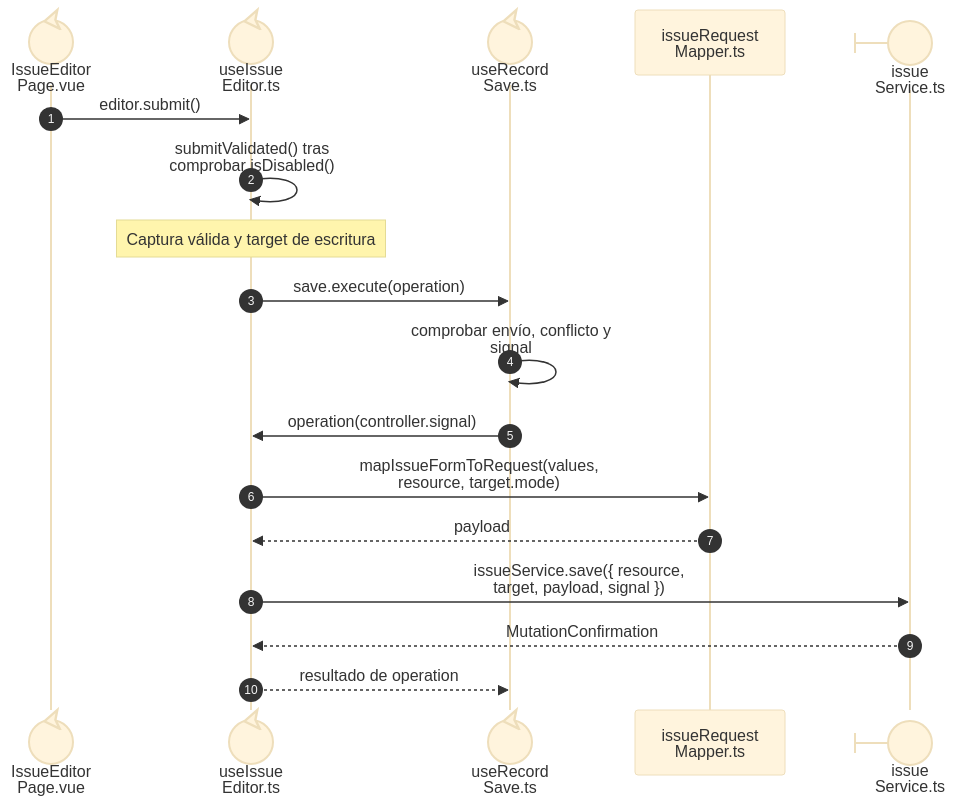
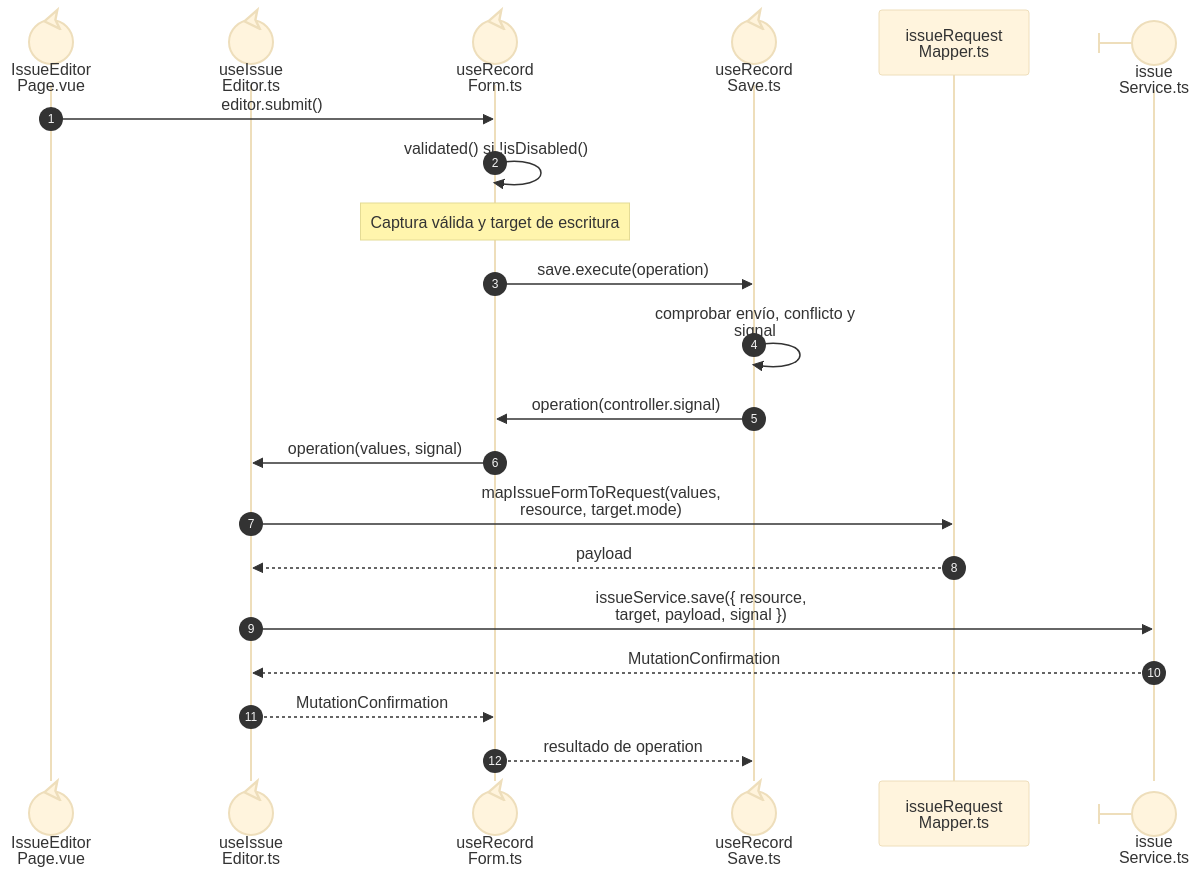
One commit to gpgsistemas01/nexus changed the first of 2 diagrams in front/docs/architecture/views/development/design-and-construction-patterns/08-document-responsibilities.md. Above: the diagram before and after it, drawn with Mermaid (base theme). The commit also changed other lines of this file and 82 other files, not shown here.

````diff
--- a/front/docs/architecture/views/development/design-and-construction-patterns/08-document-responsibilities.md
+++ b/front/docs/architecture/views/development/design-and-construction-patterns/08-document-responsibilities.md
@@ -33,20 +33,23 @@
 ```mermaid
 sequenceDiagram
     autonumber
     participant Page@{ "type": "control" } as IssueEditor<br/>Page.vue
     participant Editor@{ "type": "control" } as useIssue<br/>Editor.ts
+    participant Record@{ "type": "control" } as useRecord<br/>Form.ts
     participant Save@{ "type": "control" } as useRecord<br/>Save.ts
     participant Mapper as issueRequest<br/>Mapper.ts
     participant Service@{ "type": "boundary" } as issue<br/>Service.ts
-    Page->>Editor: nowrap: editor.submit()
-    Editor->>Editor: nowrap: submitValidated() tras<br/>comprobar isDisabled()
-    Note over Editor: Captura válida y target de escritura
-    Editor->>Save: nowrap: save.execute(operation)
+    Page->>Record: nowrap: editor.submit()
+    Record->>Record: nowrap: validated() si !isDisabled()
+    Note over Record: Captura válida y target de escritura
+    Record->>Save: nowrap: save.execute(operation)
     Save->>Save: nowrap: comprobar envío, conflicto y<br/>signal
-    Save->>Editor: nowrap: operation(controller.signal)
+    Save->>Record: nowrap: operation(controller.signal)
+    Record->>Editor: nowrap: operation(values, signal)
     Editor->>Mapper: nowrap: mapIssueFormToRequest(values,<br/>resource, target.mode)
     Mapper-->>Editor: nowrap: payload
     Editor->>Service: nowrap: issueService.save({ resource,<br/>target, payload, signal })
     Service-->>Editor: nowrap: MutationConfirmation
-    Editor-->>Save: nowrap: resultado de operation
+    Editor-->>Record: nowrap: MutationConfirmation
+    Record-->>Save: nowrap: resultado de operation
 ```
````
